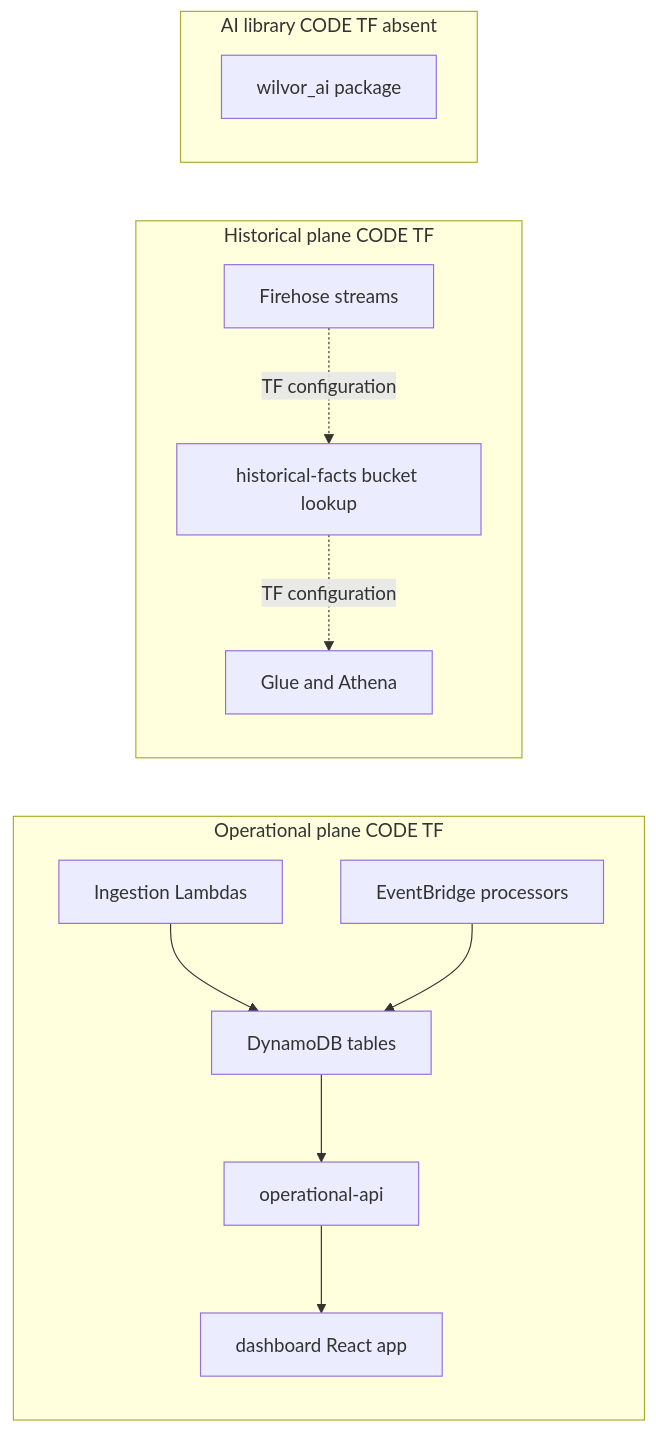
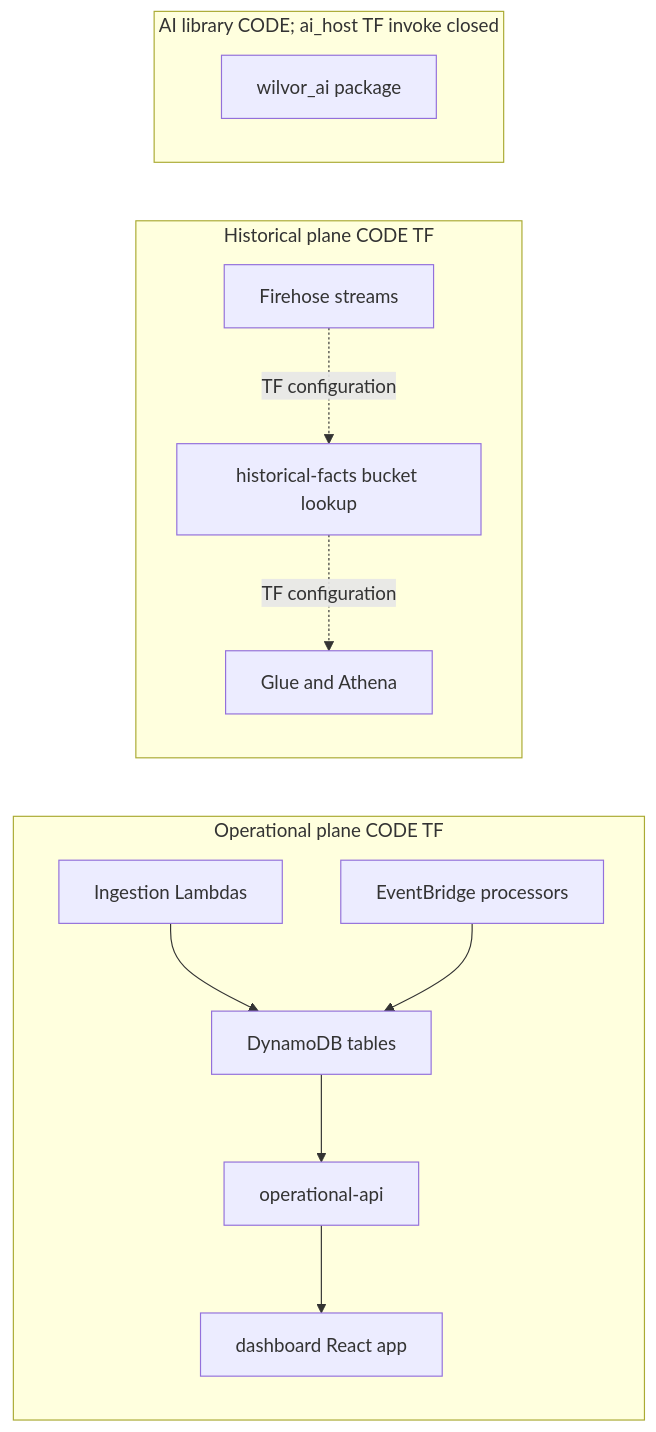
One commit to WilvorP/wilvor-infra changed the first of 6 diagrams in docs/overview/architecture.md. Above: the diagram before and after it, drawn with Mermaid. The commit also changed other lines of this file and 79 other files, not shown here.

````diff
--- a/docs/overview/architecture.md
+++ b/docs/overview/architecture.md
@@ -30,24 +30,24 @@
 ```mermaid
 flowchart LR
   subgraph operational["Operational plane CODE TF"]
     ingest["Ingestion Lambdas"]
     process["EventBridge processors"]
     ddb["DynamoDB tables"]
     api["operational-api"]
     dash["dashboard React app"]
     ingest --> ddb
     process --> ddb
     ddb --> api
     api --> dash
   end
   subgraph historical["Historical plane CODE TF"]
     fh["Firehose streams"]
     s3hf["historical-facts bucket lookup"]
     glue["Glue and Athena"]
     fh -.->|"TF configuration"| s3hf
     s3hf -.->|"TF configuration"| glue
   end
-  subgraph ai["AI library CODE TF absent"]
+  subgraph ai["AI library CODE; ai_host TF invoke closed"]
     pkg["wilvor_ai package"]
   end
 ```
````
